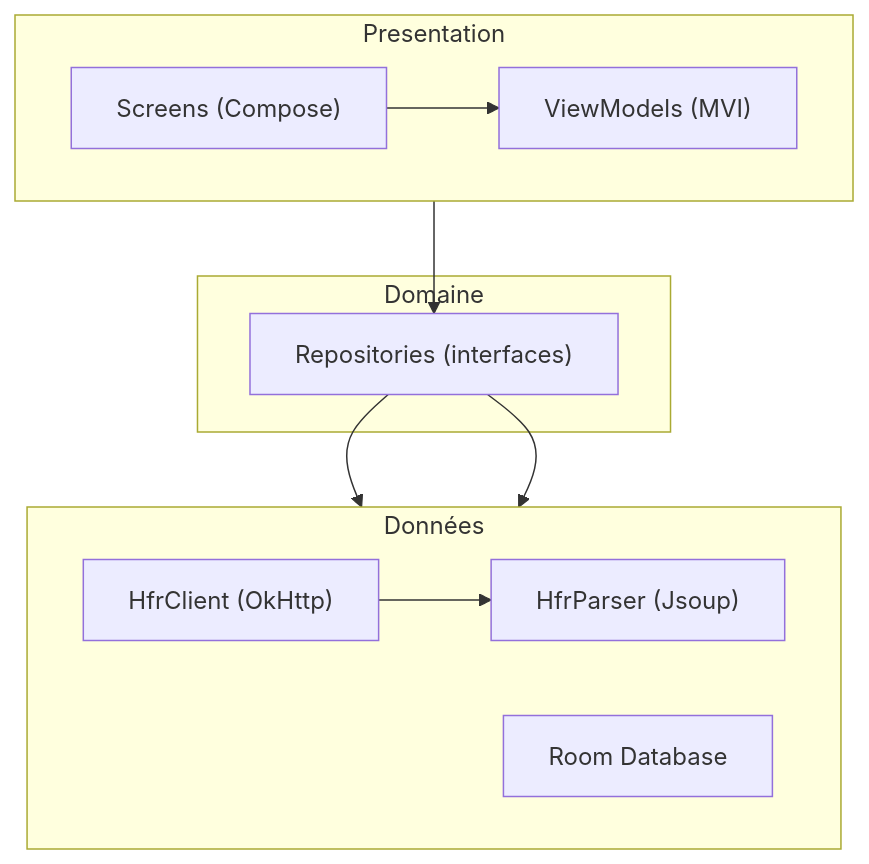
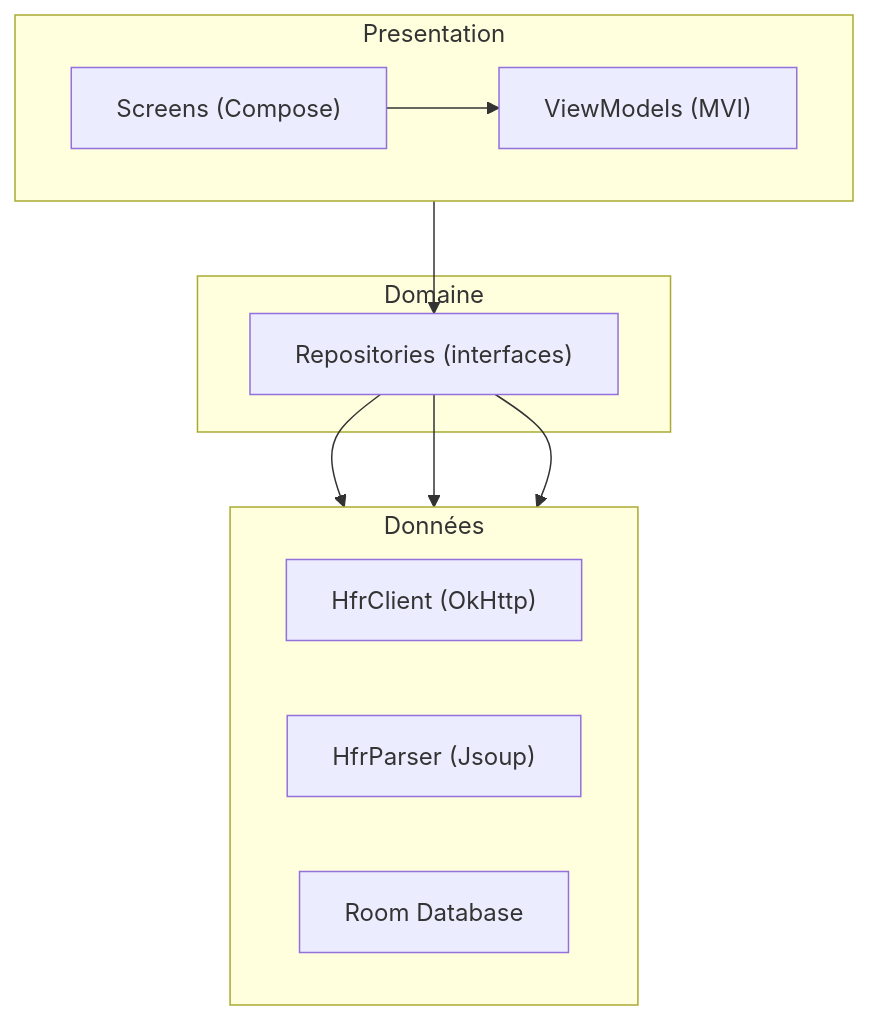
One commit to ForumHFR/redface2 changed the first of 3 diagrams in docs/architecture.md. Above: the diagram before and after it, drawn with Mermaid.

Commit message:
fix(spec): correct data flow diagram — repository orchestrates network and parser independently
The "Couches" mermaid diagram incorrectly showed a dependency from
HfrClient (network) to HfrParser (parser). In reality, these two
components are independent — the Repository orchestrates both.

Removed: NET --> PARSE (false dependency)
Added: R --> PARSE (repository calls parser directly)

The text and code examples already described this correctly; only the
diagram was wrong.

Fixes point #1 of audit #14.

````diff
--- a/docs/architecture.md
+++ b/docs/architecture.md
@@ -19,22 +19,22 @@
 ```mermaid
 graph TB
     subgraph "Presentation"
         direction LR
         S["Screens (Compose)"]
         VM["ViewModels (MVI)"]
         S --> VM
     end
     subgraph "Domaine"
         R["Repositories (interfaces)"]
     end
     subgraph "Données"
         direction LR
         NET["HfrClient (OkHttp)"]
         PARSE["HfrParser (Jsoup)"]
         DB["Room Database"]
-        NET --> PARSE
     end
     VM --> R
     R --> NET
+    R --> PARSE
     R --> DB
 ```
````
